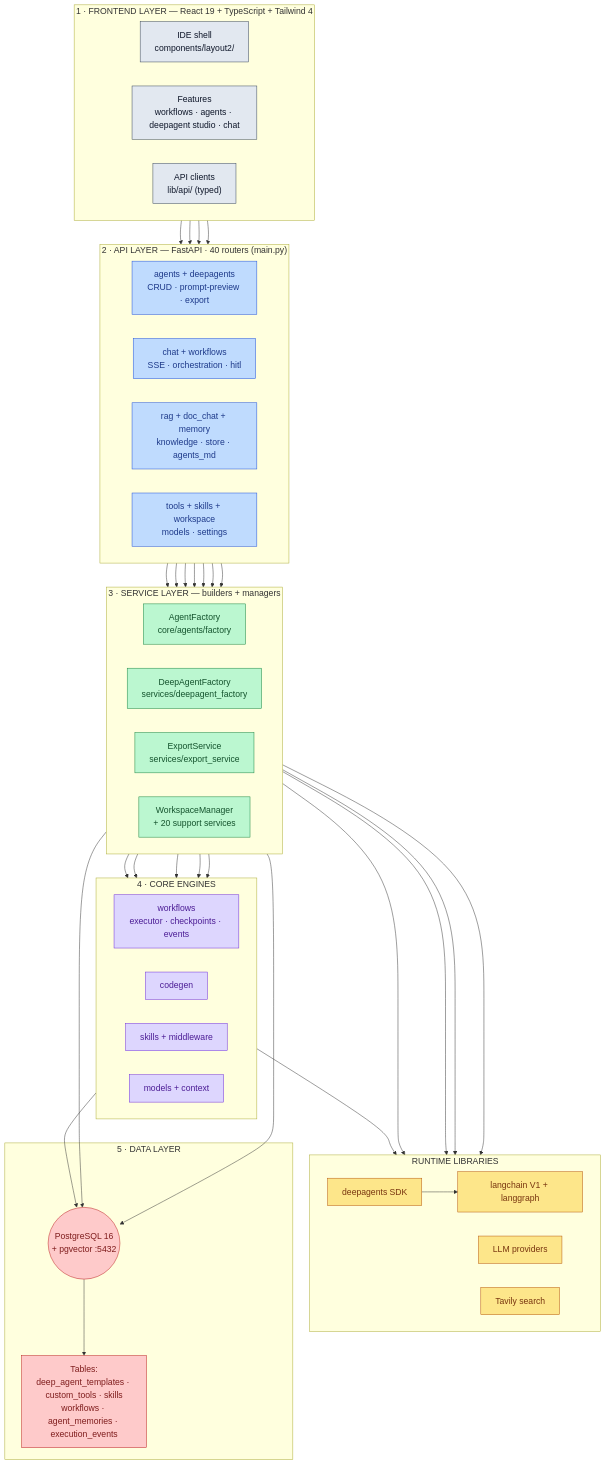
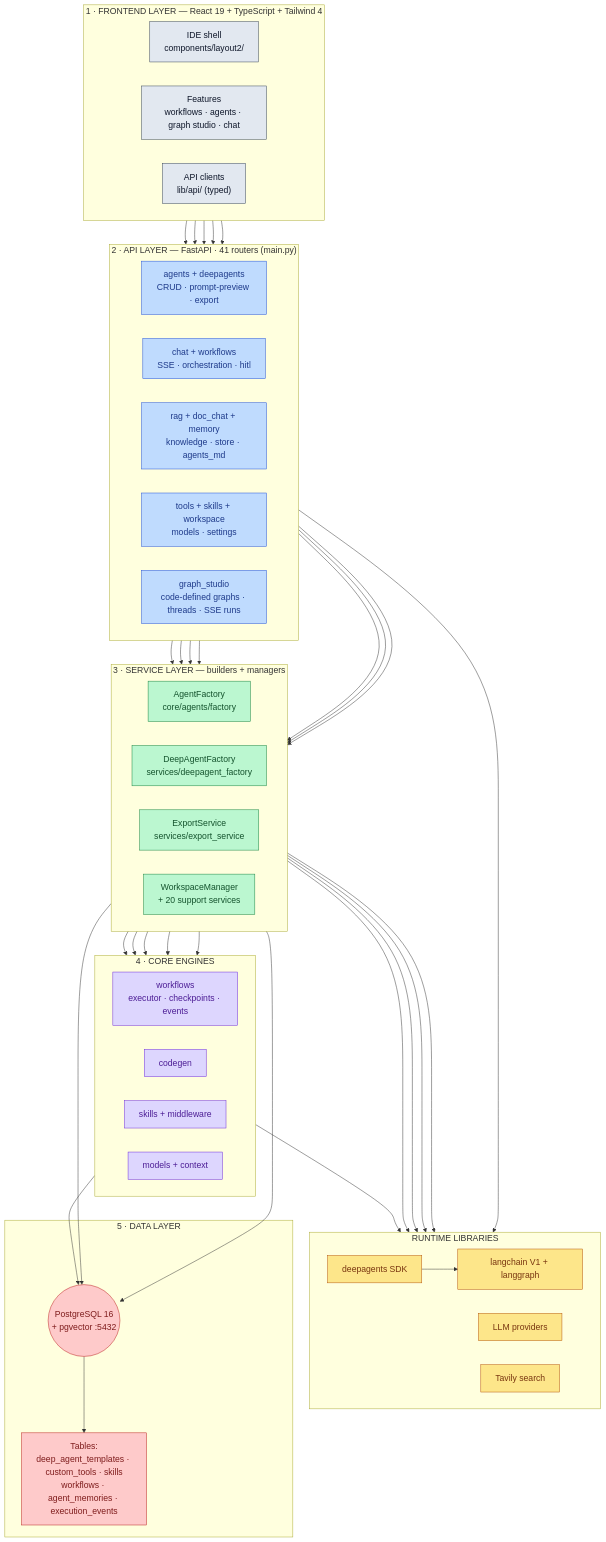
One commit to sailor723/langconfig changed the second of 14 diagrams in docs/system-architecture.md. Above: the diagram before and after it, drawn with Mermaid. The commit also changed other lines of this file and 15 other files, not shown here.

First line of the commit message:
feat(graph): Graph Engineering activity — native graph studio in the IDE

```diff
--- a/docs/system-architecture.md
+++ b/docs/system-architecture.md
@@ -70,16 +70,17 @@
     subgraph UI["1 · FRONTEND LAYER — React 19 + TypeScript + Tailwind 4"]
         direction LR
         A1["IDE shell<br/>components/layout2/"]
-        A2["Features<br/>workflows · agents · deepagent studio · chat"]
+        A2["Features<br/>workflows · agents · graph studio · chat"]
         A3["API clients<br/>lib/api/ (typed)"]
     end
 
-    subgraph API["2 · API LAYER — FastAPI · 40 routers (main.py)"]
+    subgraph API["2 · API LAYER — FastAPI · 41 routers (main.py)"]
         direction LR
         R1["agents + deepagents<br/>CRUD · prompt-preview · export"]
         R2["chat + workflows<br/>SSE · orchestration · hitl"]
         R3["rag + doc_chat + memory<br/>knowledge · store · agents_md"]
         R4["tools + skills + workspace<br/>models · settings"]
+        R5["graph_studio<br/>code-defined graphs · threads · SSE runs"]
     end
 
     subgraph SVC["3 · SERVICE LAYER — builders + managers"]
@@ -115,6 +116,7 @@
     A3 --> R2
     A3 --> R3
     A3 --> R4
+    A3 --> R5
 
     R1 --> F1
     R1 --> F2
@@ -130,6 +132,7 @@
     F2 --> C1
     F2 --> C3
     C1 --> L2
+    R5 --> L2
 
     F1 --> L2
     F2 --> L1
@@ -150,7 +153,7 @@
     classDef db fill:#fecaca,stroke:#b91c1c,color:#7f1d1d,font-size:18px;
 
     class A1,A2,A3 ui;
-    class R1,R2,R3,R4 api;
+    class R1,R2,R3,R4,R5 api;
     class F1,F2,E1,W1 svc;
     class C1,C2,C3,C4 core;
     class L1,L2,L3,L4 lib;
```
